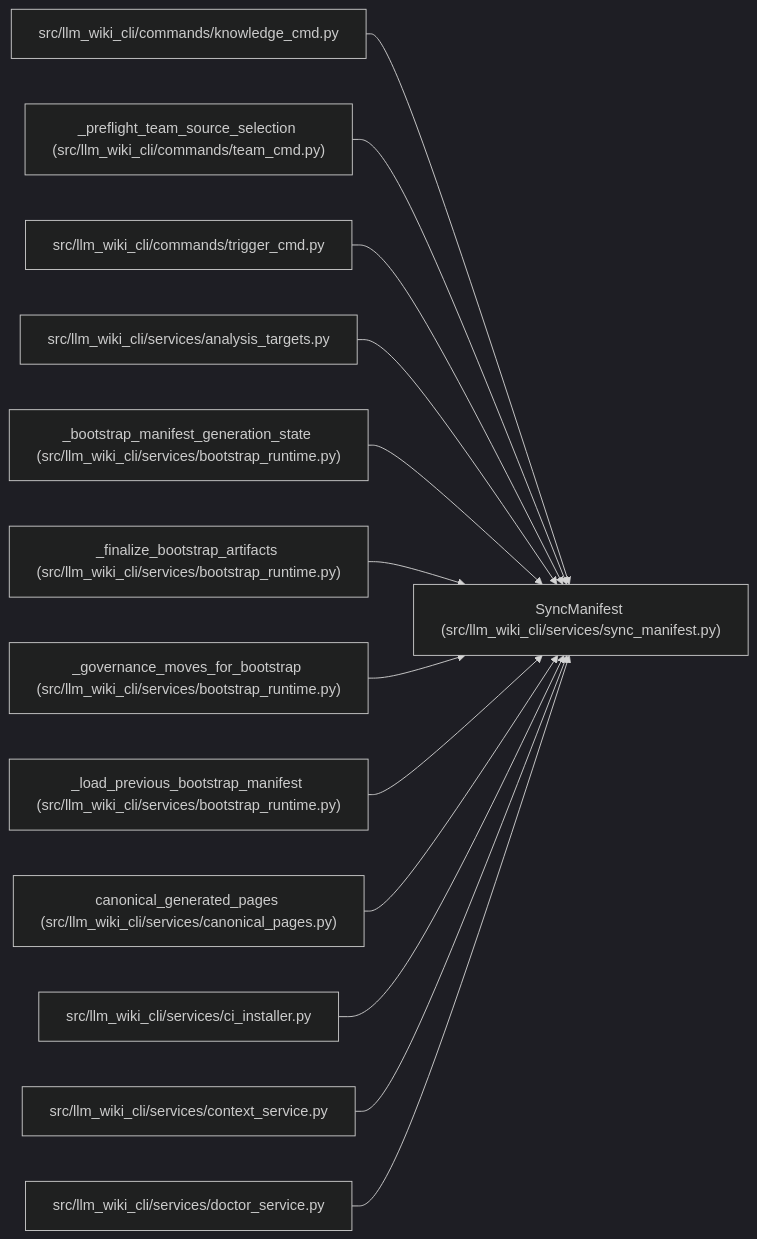
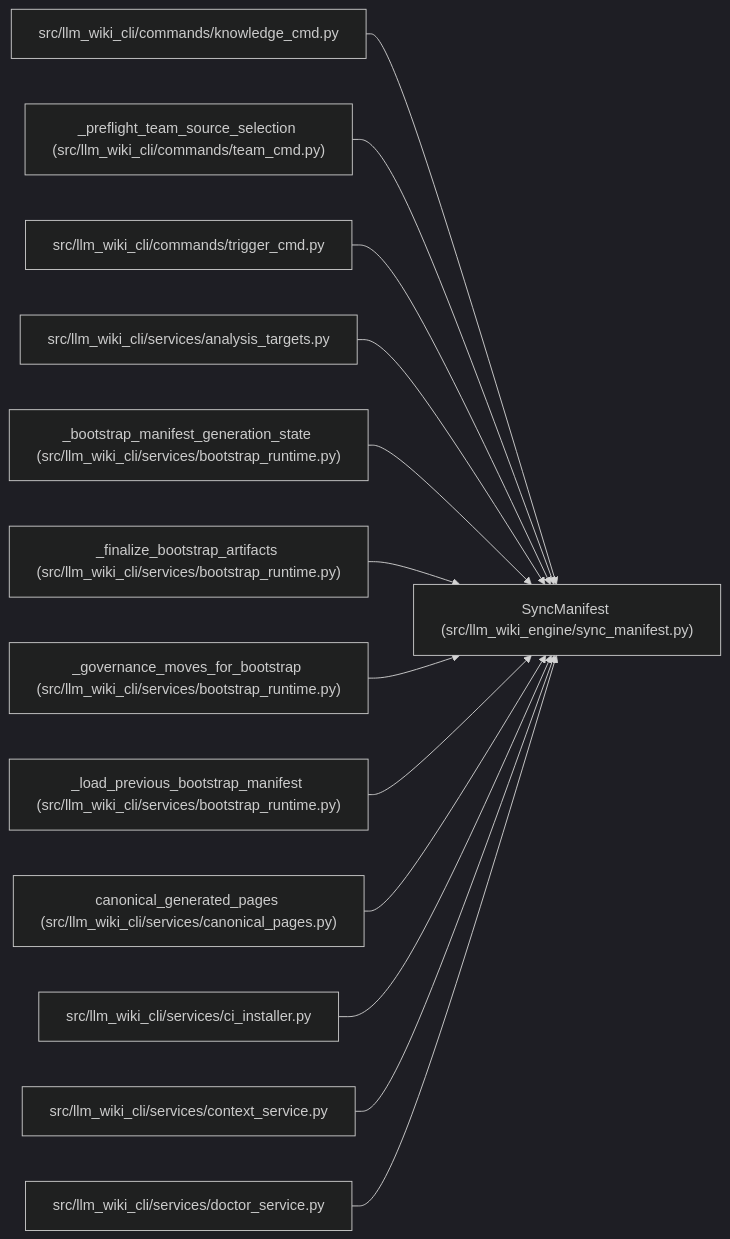
One commit to Denissvgn/python-wiki-llm changed the diagram in docs/llm_wiki/entities/SyncManifest.md. Above: the diagram before and after it, drawn with Mermaid (dark theme). The commit also changed other lines of this file and 1058 other files, not shown here.

````diff
--- a/docs/llm_wiki/entities/SyncManifest.md
+++ b/docs/llm_wiki/entities/SyncManifest.md
@@ -49,41 +49,41 @@
 ```mermaid
 flowchart LR
-    n0["SyncManifest (src/llm_wiki_cli/services/sync_manifest.py)"]
+    n0["SyncManifest (src/llm_wiki_engine/sync_manifest.py)"]
     n1["src/llm_wiki_cli/commands/knowledge_cmd.py"]
     n2["_preflight_team_source_selection (src/llm_wiki_cli/commands/team_cmd.py)"]
     n3["src/llm_wiki_cli/commands/trigger_cmd.py"]
     n4["src/llm_wiki_cli/services/analysis_targets.py"]
     n5["_bootstrap_manifest_generation_state (src/llm_wiki_cli/services/bootstrap_runtime.py)"]
     n6["_finalize_bootstrap_artifacts (src/llm_wiki_cli/services/bootstrap_runtime.py)"]
     n7["_governance_moves_for_bootstrap (src/llm_wiki_cli/services/bootstrap_runtime.py)"]
     n8["_load_previous_bootstrap_manifest (src/llm_wiki_cli/services/bootstrap_runtime.py)"]
     n9["canonical_generated_pages (src/llm_wiki_cli/services/canonical_pages.py)"]
     n10["src/llm_wiki_cli/services/ci_installer.py"]
     n11["src/llm_wiki_cli/services/context_service.py"]
     n12["src/llm_wiki_cli/services/doctor_service.py"]
     n1 --> n0
     n2 --> n0
     n3 --> n0
     n4 --> n0
     n5 --> n0
     n6 --> n0
     n7 --> n0
     n8 --> n0
     n9 --> n0
     n10 --> n0
     n11 --> n0
     n12 --> n0
     click n0 "../modules/sync_manifest.md"
     click n1 "../modules/knowledge_cmd.md"
     click n2 "../modules/team_cmd.md"
     click n3 "../modules/trigger_cmd.md"
     click n4 "../modules/analysis_targets.md"
     click n5 "../modules/bootstrap_runtime.md"
     click n6 "../modules/bootstrap_runtime.md"
     click n7 "../modules/bootstrap_runtime.md"
     click n8 "../modules/bootstrap_runtime.md"
     click n9 "../modules/canonical_pages.md"
     click n10 "../modules/ci_installer.md"
     click n11 "../modules/context_service.md"
     click n12 "../modules/doctor_service.md"
 ```
````
